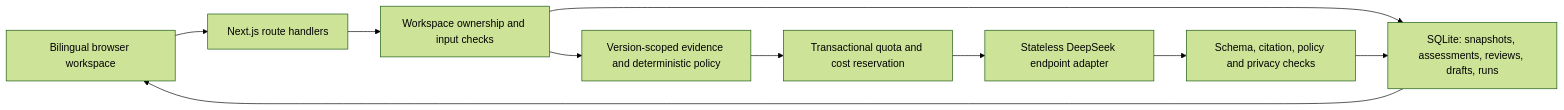
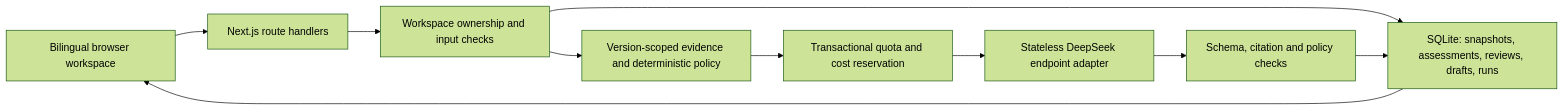
One commit to zha-chicken/runway-incident-workspace changed the diagram in docs/DATA-AND-RULES.md. Above: the diagram before and after it, drawn with Mermaid (forest theme). The commit also changed other lines of this file and 31 other files, not shown here.

````diff
--- a/docs/DATA-AND-RULES.md
+++ b/docs/DATA-AND-RULES.md
@@ -57,12 +57,12 @@
 ```mermaid
 flowchart LR
   UI["Bilingual browser workspace"] --> API["Next.js route handlers"]
   API --> Ownership["Workspace ownership and input checks"]
   Ownership --> DB["SQLite: snapshots, assessments, reviews, drafts, runs"]
   Ownership --> Evidence["Version-scoped evidence and deterministic policy"]
   Evidence --> Budget["Transactional quota and cost reservation"]
   Budget --> Adapter["Stateless DeepSeek endpoint adapter"]
-  Adapter --> Validate["Schema, citation, policy and privacy checks"]
+  Adapter --> Validate["Schema, citation and policy checks"]
   Validate --> DB
   DB --> UI
 ```
````
